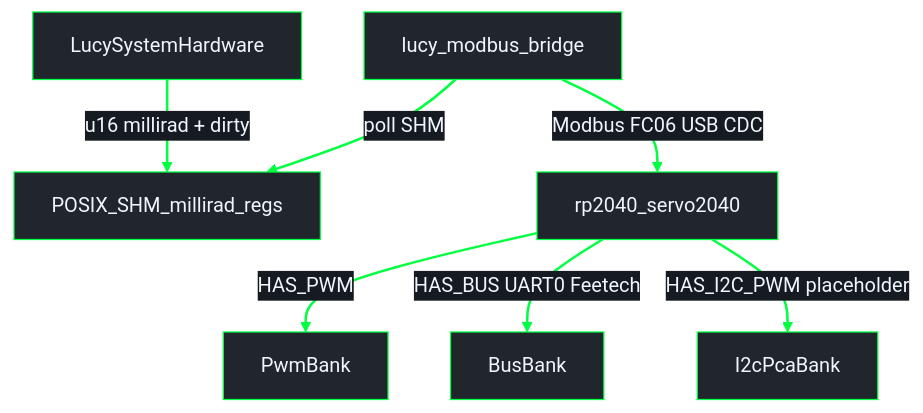
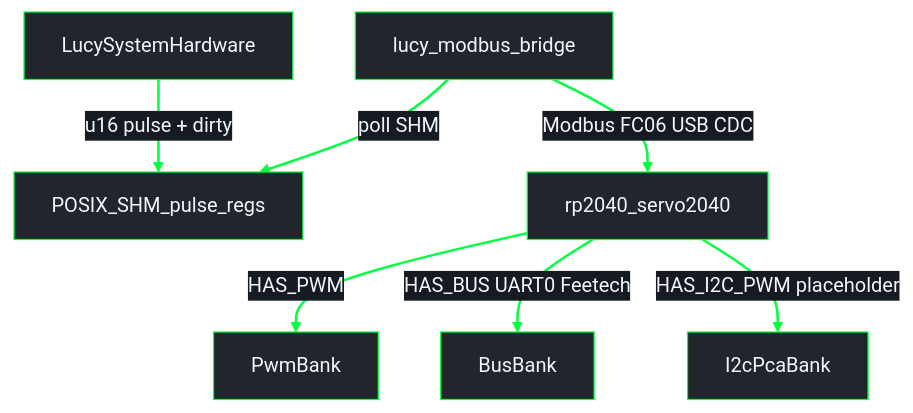
The first of 4 diagrams in docs/architecture/firmware.md (Lucy-Robotics/lucy_embedded_firmware), drawn with Mermaid before and after one commit. The commit also changed other lines of this file, not shown here.

Commit message:
evol(architecture): Modbus path carries pulse, not millirad

````diff
--- a/docs/architecture/firmware.md
+++ b/docs/architecture/firmware.md
@@ -18,15 +18,15 @@
 ```mermaid
 %%{init: {"theme": "base", "themeVariables": {"darkMode": true, "background": "#0d1117", "mainBkg": "#21262d", "primaryColor": "#21262d", "primaryTextColor": "#f0f6fc", "primaryBorderColor": "#00FF41", "secondaryColor": "#161b22", "secondaryTextColor": "#f0f6fc", "secondaryBorderColor": "#00FF41", "tertiaryColor": "#161b22", "tertiaryTextColor": "#f0f6fc", "tertiaryBorderColor": "#00FF41", "lineColor": "#00FF41", "textColor": "#f0f6fc", "nodeTextColor": "#f0f6fc", "edgeLabelBackground": "#161b22", "clusterBkg": "#0d1117", "clusterBorder": "#00FF41", "titleColor": "#f0f6fc"}}}%%
 flowchart TB
   HI["LucySystemHardware"]
-  SHM["POSIX_SHM_millirad_regs"]
+  SHM["POSIX_SHM_pulse_regs"]
   Bridge["lucy_modbus_bridge"]
   S2040["rp2040_servo2040"]
-  HI -->|"u16 millirad + dirty"| SHM
+  HI -->|"u16 pulse + dirty"| SHM
   Bridge -->|"poll SHM"| SHM
   Bridge -->|"Modbus FC06 USB CDC"| S2040
   S2040 -->|"HAS_PWM"| PWM["PwmBank"]
   S2040 -->|"HAS_BUS UART0 Feetech"| Bus["BusBank"]
   S2040 -->|"HAS_I2C_PWM placeholder"| I2C["I2cPcaBank"]
   linkStyle default stroke:#00FF41,stroke-width:2px
 ```
````
